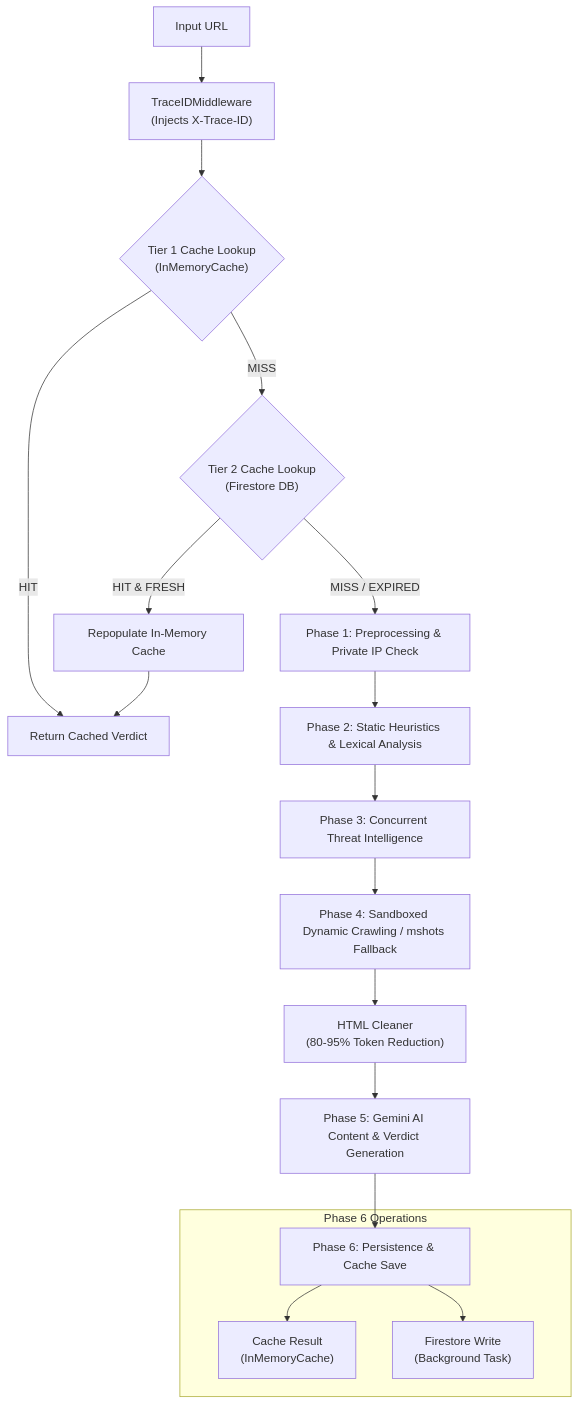
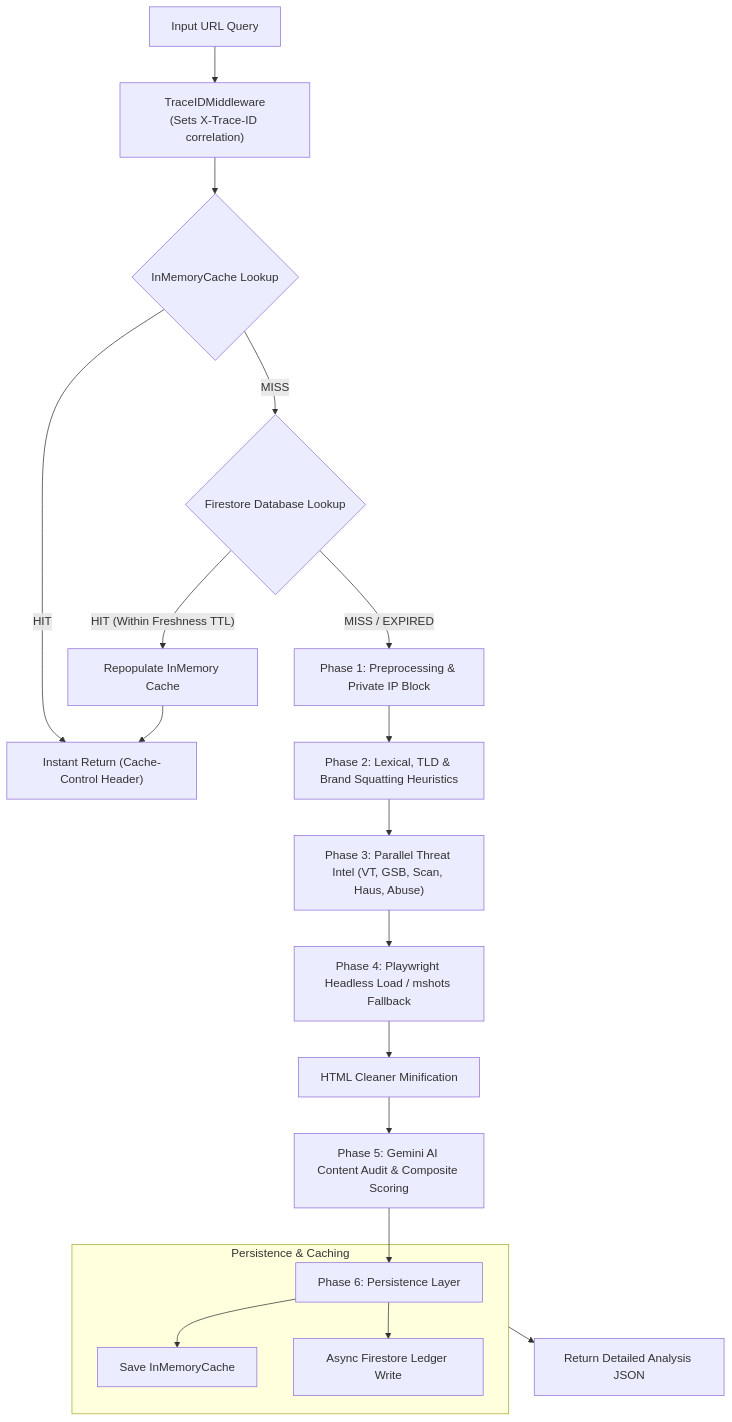
Before and after one commit to lequanganhtuan/AI_agent: the first of 2 diagrams in README.md, drawn with Mermaid. The commit also changed other lines of this file, not shown here.

Commit message:
docs: expand README with complete system design, flowcharts, schemas, and resilience metrics

````diff
--- a/README.md
+++ b/README.md
@@ -82,22 +92,24 @@
 ```mermaid
 flowchart TD
-    A["Input URL"] --> Trace["TraceIDMiddleware<br>(Injects X-Trace-ID)"]
-    Trace --> B_Cache{"Tier 1 Cache Lookup<br>(InMemoryCache)"}
-    B_Cache -- HIT --> ReturnCached["Return Cached Verdict"]
+    A["Input URL Query"] --> B_Trace["TraceIDMiddleware<br>(Sets X-Trace-ID correlation)"]
+    B_Trace --> C_Cache{"InMemoryCache Lookup"}
     
-    B_Cache -- MISS --> B_DB{"Tier 2 Cache Lookup<br>(Firestore DB)"}
-    B_DB -- "HIT & FRESH" --> Repopulate["Repopulate In-Memory Cache"] --> ReturnCached
+    C_Cache -- HIT --> ReturnCached["Instant Return (Cache-Control Header)"]
     
-    B_DB -- "MISS / EXPIRED" --> P1["Phase 1: Preprocessing & Private IP Check"]
-    P1 --> P2["Phase 2: Static Heuristics & Lexical Analysis"]
-    P2 --> P3["Phase 3: Concurrent Threat Intelligence"]
-    P3 --> P4["Phase 4: Sandboxed Dynamic Crawling / mshots Fallback"]
-    P4 --> HTML["HTML Cleaner<br>(80-95% Token Reduction)"]
-    HTML --> P5["Phase 5: Gemini AI Content & Verdict Generation"]
+    C_Cache -- MISS --> D_DB{"Firestore Database Lookup"}
+    D_DB -- "HIT (Within Freshness TTL)" --> Repopulate["Repopulate InMemory Cache"] --> ReturnCached
     
-    P5 --> P6["Phase 6: Persistence & Cache Save"]
-    subgraph P6_Actions[Phase 6 Operations]
-        P6 --> SaveCache["Cache Result<br>(InMemoryCache)"]
-        P6 --> SaveDB["Firestore Write<br>(Background Task)"]
+    D_DB -- "MISS / EXPIRED" --> P1["Phase 1: Preprocessing & Private IP Block"]
+    P1 --> P2["Phase 2: Lexical, TLD & Brand Squatting Heuristics"]
+    P2 --> P3["Phase 3: Parallel Threat Intel (VT, GSB, Scan, Haus, Abuse)"]
+    P3 --> P4["Phase 4: Playwright Headless Load / mshots Fallback"]
+    P4 --> HTML["HTML Cleaner Minification"]
+    HTML --> P5["Phase 5: Gemini AI Content Audit & Composite Scoring"]
+    
+    P5 --> P6["Phase 6: Persistence Layer"]
+    subgraph P6_Operations[Persistence & Caching]
+        P6 --> CacheSave["Save InMemoryCache"]
+        P6 --> FirestoreSave["Async Firestore Ledger Write"]
     end
+    P6_Operations --> ReturnFresh["Return Detailed Analysis JSON"]
 ```
````
